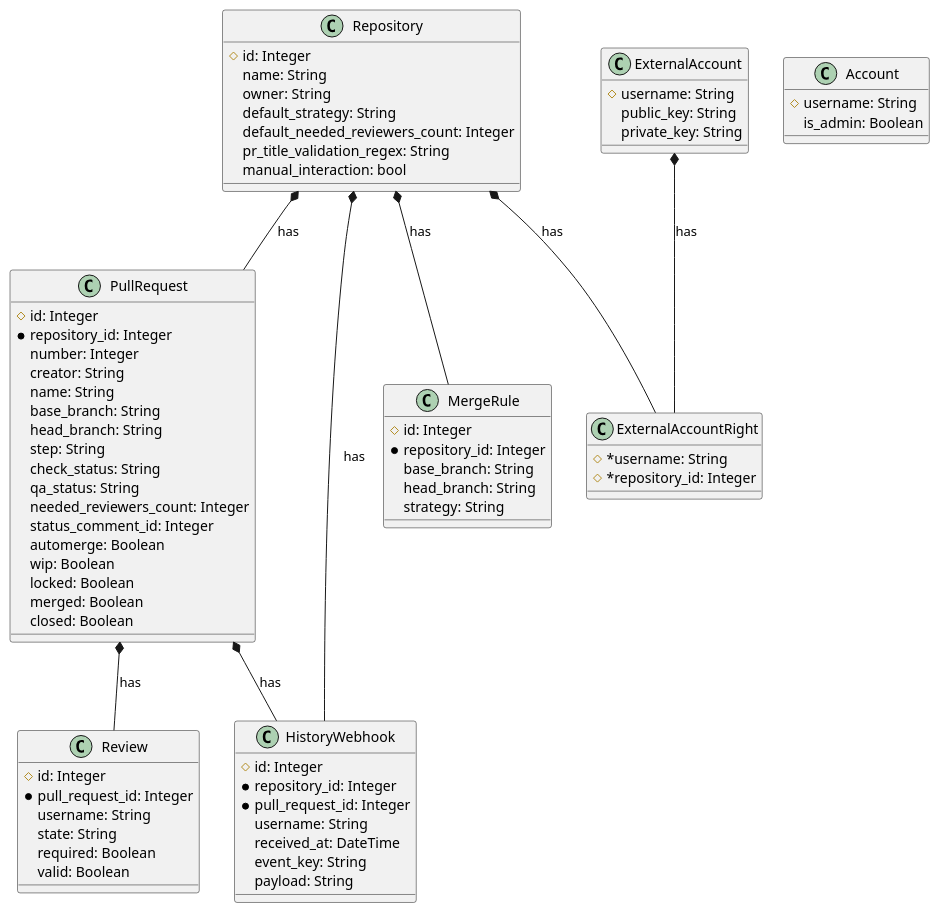
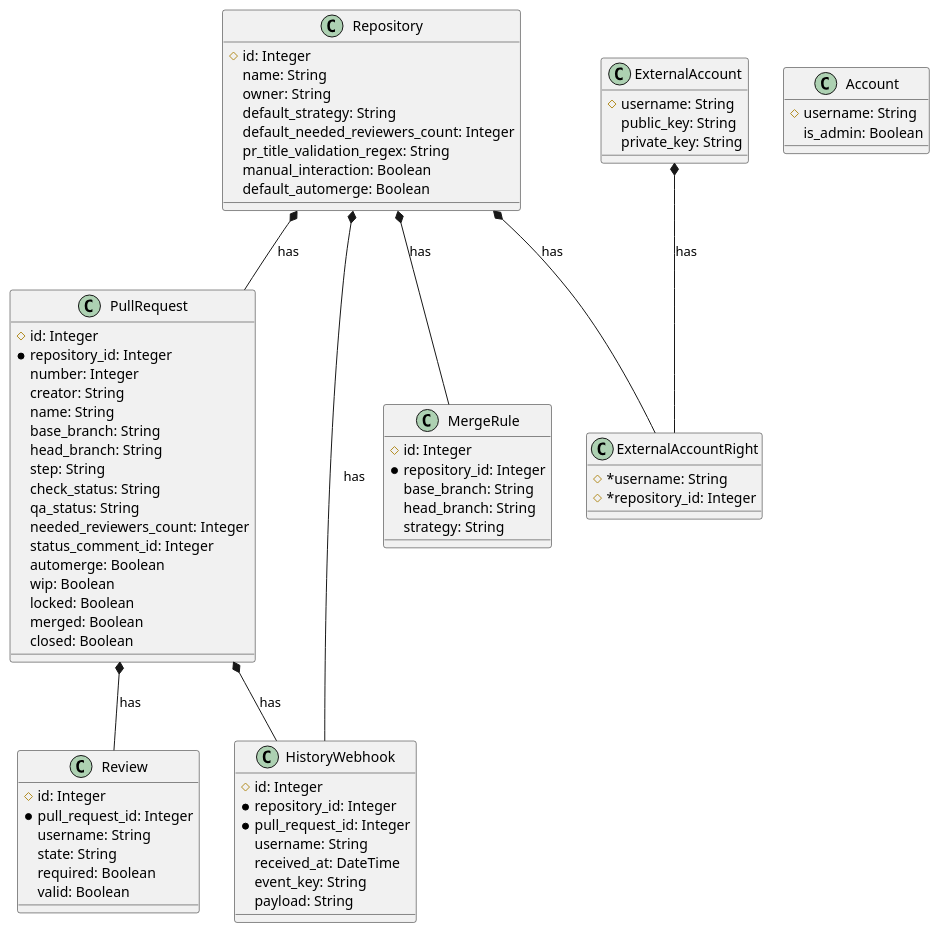
Before and after one commit to sharingcloud/github-scbot: the diagram in docs/schema.plantuml, drawn with PlantUML. The commit also changed 15 other files, not shown here.

Commit message:
Add default automerge support (#82)

```diff
--- a/docs/schema.plantuml
+++ b/docs/schema.plantuml
@@ -1,81 +1,82 @@
 @startuml Schema
 class Repository {
     #id: Integer
     name: String
     owner: String
     default_strategy: String
     default_needed_reviewers_count: Integer
     pr_title_validation_regex: String
-    manual_interaction: bool
+    manual_interaction: Boolean
+    default_automerge: Boolean
 }
 
 class PullRequest {
     #id: Integer
     *repository_id: Integer
     number: Integer
     creator: String
     name: String
     base_branch: String
     head_branch: String
     step: String
     check_status: String
     qa_status: String
     needed_reviewers_count: Integer
     status_comment_id: Integer
     automerge: Boolean
     wip: Boolean
     locked: Boolean
     merged: Boolean
     closed: Boolean
 }
 
 class Review {
     #id: Integer
     *pull_request_id: Integer
     username: String
     state: String
     required: Boolean
     valid: Boolean
 }
 
 class MergeRule {
     #id: Integer
     *repository_id: Integer
     base_branch: String
     head_branch: String
     strategy: String
 }
 
 class ExternalAccount {
     #username: String
     public_key: String
     private_key: String
 }
 class ExternalAccountRight {
     #*username: String
     #*repository_id: Integer
 }
 
 class Account {
     #username: String
     is_admin: Boolean
 }
 
 class HistoryWebhook {
     #id: Integer
     *repository_id: Integer
     *pull_request_id: Integer
     username: String
     received_at: DateTime
     event_key: String
     payload: String
 }
 
 Repository *-- PullRequest : has
 Repository *-- MergeRule : has
 PullRequest *-- Review : has
 ExternalAccount *-- ExternalAccountRight : has
 Repository *-- ExternalAccountRight : has
 Repository *-- HistoryWebhook : has
 PullRequest *-- HistoryWebhook : has
 @enduml
```
